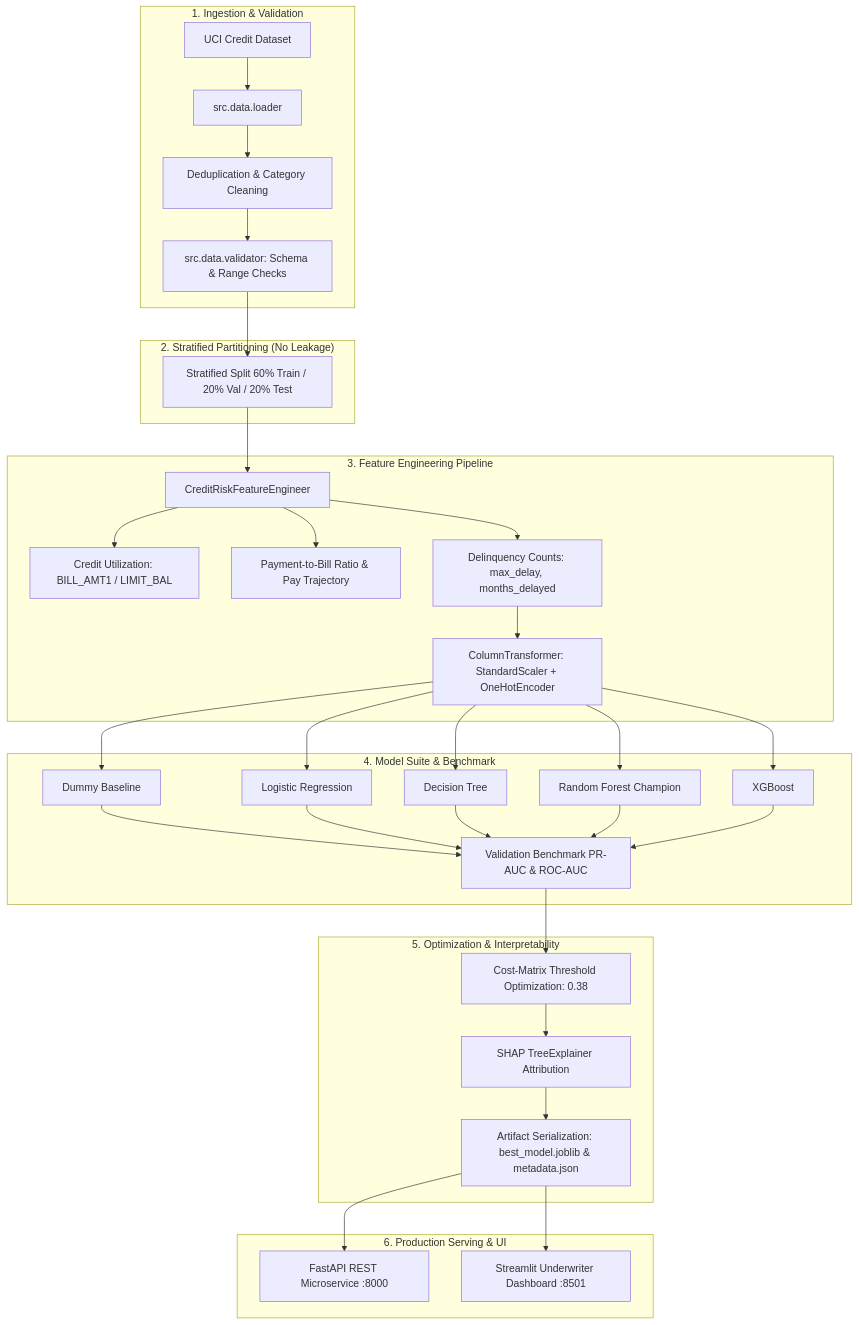
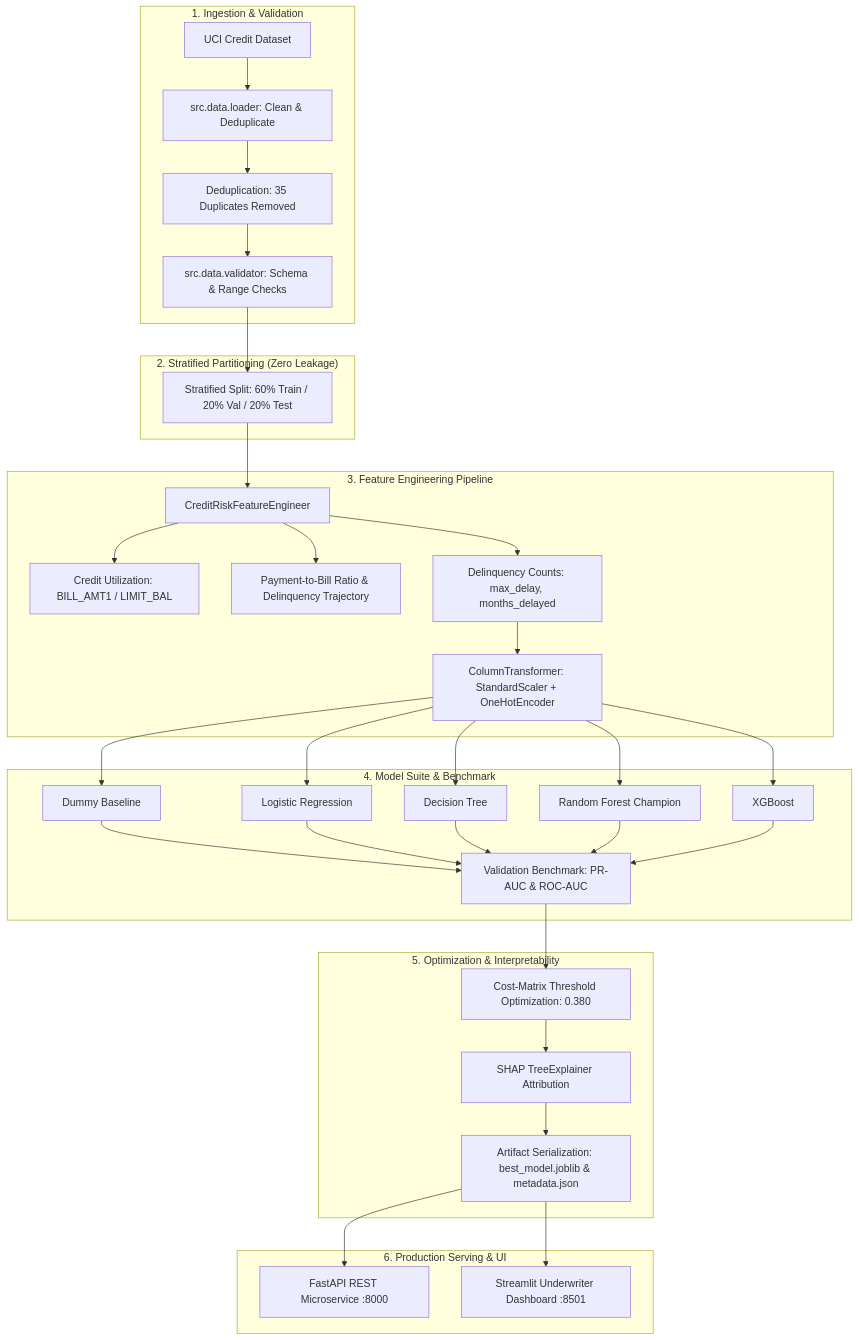
Before and after one commit to NiruKumawat/credit-risk-prediction: the diagram in README.md, drawn with Mermaid. The commit also changed other lines of this file and 48 other files, not shown here.

````diff
--- a/README.md
+++ b/README.md
@@ -31,40 +65,44 @@
 ```mermaid
 flowchart TD
     subgraph Data_Layer ["1. Ingestion & Validation"]
-        A[UCI Credit Dataset] --> B[src.data.loader]
-        B --> C[Deduplication & Category Cleaning]
+        A[UCI Credit Dataset] --> B[src.data.loader: Clean & Deduplicate]
+        B --> C[Deduplication: 35 Duplicates Removed]
         C --> D[src.data.validator: Schema & Range Checks]
     end
 
-    subgraph Splitting ["2. Stratified Partitioning (No Leakage)"]
-        D --> E[Stratified Split 60% Train / 20% Val / 20% Test]
+    subgraph Splitting ["2. Stratified Partitioning (Zero Leakage)"]
+        D --> E[Stratified Split: 60% Train / 20% Val / 20% Test]
     end
 
     subgraph Features ["3. Feature Engineering Pipeline"]
         E --> F[CreditRiskFeatureEngineer]
         F --> G[Credit Utilization: BILL_AMT1 / LIMIT_BAL]
-        F --> H[Payment-to-Bill Ratio & Pay Trajectory]
+        F --> H[Payment-to-Bill Ratio & Delinquency Trajectory]
         F --> I[Delinquency Counts: max_delay, months_delayed]
         I --> J[ColumnTransformer: StandardScaler + OneHotEncoder]
     end
 
     subgraph Modeling ["4. Model Suite & Benchmark"]
         J --> K1[Dummy Baseline]
         J --> K2[Logistic Regression]
         J --> K3[Decision Tree]
         J --> K4[Random Forest Champion]
         J --> K5[XGBoost]
-        K1 & K2 & K3 & K4 & K5 --> L[Validation Benchmark PR-AUC & ROC-AUC]
+        K1 --> L[Validation Benchmark: PR-AUC & ROC-AUC]
+        K2 --> L
+        K3 --> L
+        K4 --> L
+        K5 --> L
     end
 
     subgraph Optimization ["5. Optimization & Interpretability"]
-        L --> M[Cost-Matrix Threshold Optimization: 0.38]
+        L --> M[Cost-Matrix Threshold Optimization: 0.380]
         M --> N[SHAP TreeExplainer Attribution]
         N --> O[Artifact Serialization: best_model.joblib & metadata.json]
     end
 
     subgraph Serving ["6. Production Serving & UI"]
         O --> P[FastAPI REST Microservice :8000]
         O --> Q[Streamlit Underwriter Dashboard :8501]
     end
 ```
````
